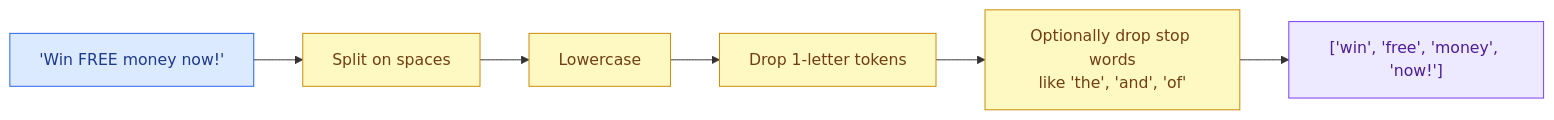
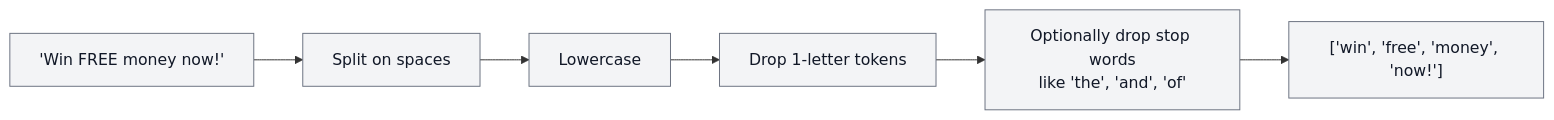
The second of 3 diagrams in ALGORITHM.md (mohanakrishnavh/naive-bayes), drawn with Mermaid before and after one commit. The commit also changed other lines of this file, not shown here.

Commit message:
Make diagram colours meaningful: green=ham, red=spam, grey=neutral

````diff
--- a/ALGORITHM.md
+++ b/ALGORITHM.md
@@ -36,17 +33,12 @@
 ```mermaid
 flowchart LR
     T["'Win FREE money now!'"] --> S[Split on spaces]
     S --> L[Lowercase]
     L --> O[Drop 1-letter tokens]
     O --> W[Optionally drop stop words<br/>like 'the', 'and', 'of']
     W --> R["['win', 'free', 'money', 'now!']"]
-    class T data
-    class S,L,O,W step
-    class R model
-    classDef data fill:#dbeafe,stroke:#2563eb,color:#1e3a8a
-    classDef step fill:#fef9c3,stroke:#ca8a04,color:#713f12
-    classDef model fill:#ede9fe,stroke:#7c3aed,color:#4c1d95
-    classDef decision fill:#ffedd5,stroke:#ea580c,color:#7c2d12
+    class T,S,L,O,W,R plain
+    classDef plain fill:#f3f4f6,stroke:#6b7280,color:#111827
     classDef ham fill:#dcfce7,stroke:#16a34a,color:#14532d
     classDef spam fill:#fee2e2,stroke:#dc2626,color:#7f1d1d
 ```
````
